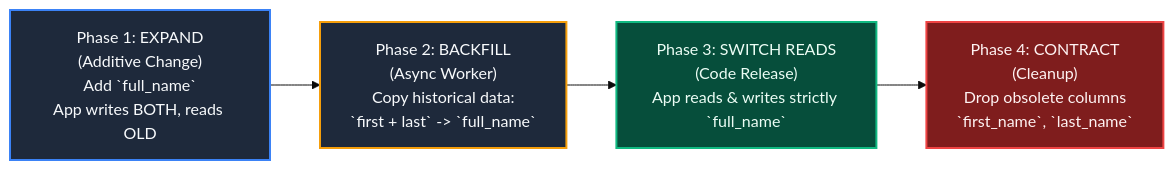
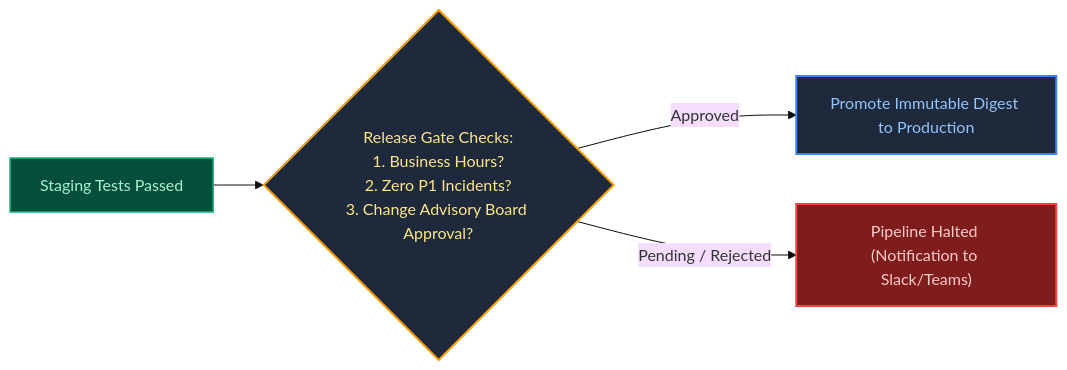
One commit to joydeep-biswas/Interview-Preparation changed diagram 12 of 13 in Cloud Engineering/07_cicd_and_release_engineering.md. Above: the diagram before and after it, drawn with Mermaid (base theme). The commit also changed other lines of this file and 143 other files, not shown here.

````diff
--- a/Cloud Engineering/07_cicd_and_release_engineering.md
+++ b/Cloud Engineering/07_cicd_and_release_engineering.md
@@ -342,16 +622,11 @@
 ```mermaid
 flowchart LR
-    P1["Phase 1: EXPAND<br/>(Additive Change)<br/>Add `full_name`<br/>App writes BOTH, reads OLD"] --> P2["Phase 2: BACKFILL<br/>(Async Worker)<br/>Copy historical data:<br/>`first + last` -> `full_name`"]
-    P2 --> P3["Phase 3: SWITCH READS<br/>(Code Release)<br/>App reads & writes strictly `full_name`"]
-    P3 --> P4["Phase 4: CONTRACT<br/>(Cleanup)<br/>Drop obsolete columns<br/>`first_name`, `last_name`"]
+    StagingPass["Staging Tests Passed"] --> GateCheck{"Release Gate Checks:<br/>1. Business Hours?<br/>2. Zero P1 Incidents?<br/>3. Change Advisory Board Approval?"}
+    GateCheck -->|Approved| ProdDeploy["Promote Immutable Digest to Production"]
+    GateCheck -->|Pending / Rejected| Halt["Pipeline Halted (Notification to Slack/Teams)"]
 
-    classDef expand fill:#1e293b,stroke:#3b82f6,stroke-width:2px,color:#f8fafc;
-    classDef backfill fill:#1e293b,stroke:#f59e0b,stroke-width:2px,color:#f8fafc;
-    classDef reads fill:#064e3b,stroke:#10b981,stroke-width:2px,color:#ecfdf5;
-    classDef contract fill:#7f1d1d,stroke:#ef4444,stroke-width:2px,color:#fef2f2;
-
-    class P1 expand;
-    class P2 backfill;
-    class P3 reads;
-    class P4 contract;
+    style StagingPass fill:#064e3b,stroke:#10b981,stroke-width:1.5px,color:#a7f3d0
+    style GateCheck fill:#1e293b,stroke:#f59e0b,stroke-width:2px,color:#fde68a
+    style ProdDeploy fill:#1e293b,stroke:#3b82f6,stroke-width:2px,color:#93c5fd
+    style Halt fill:#7f1d1d,stroke:#ef4444,stroke-width:2px,color:#fecaca
 ```
````
